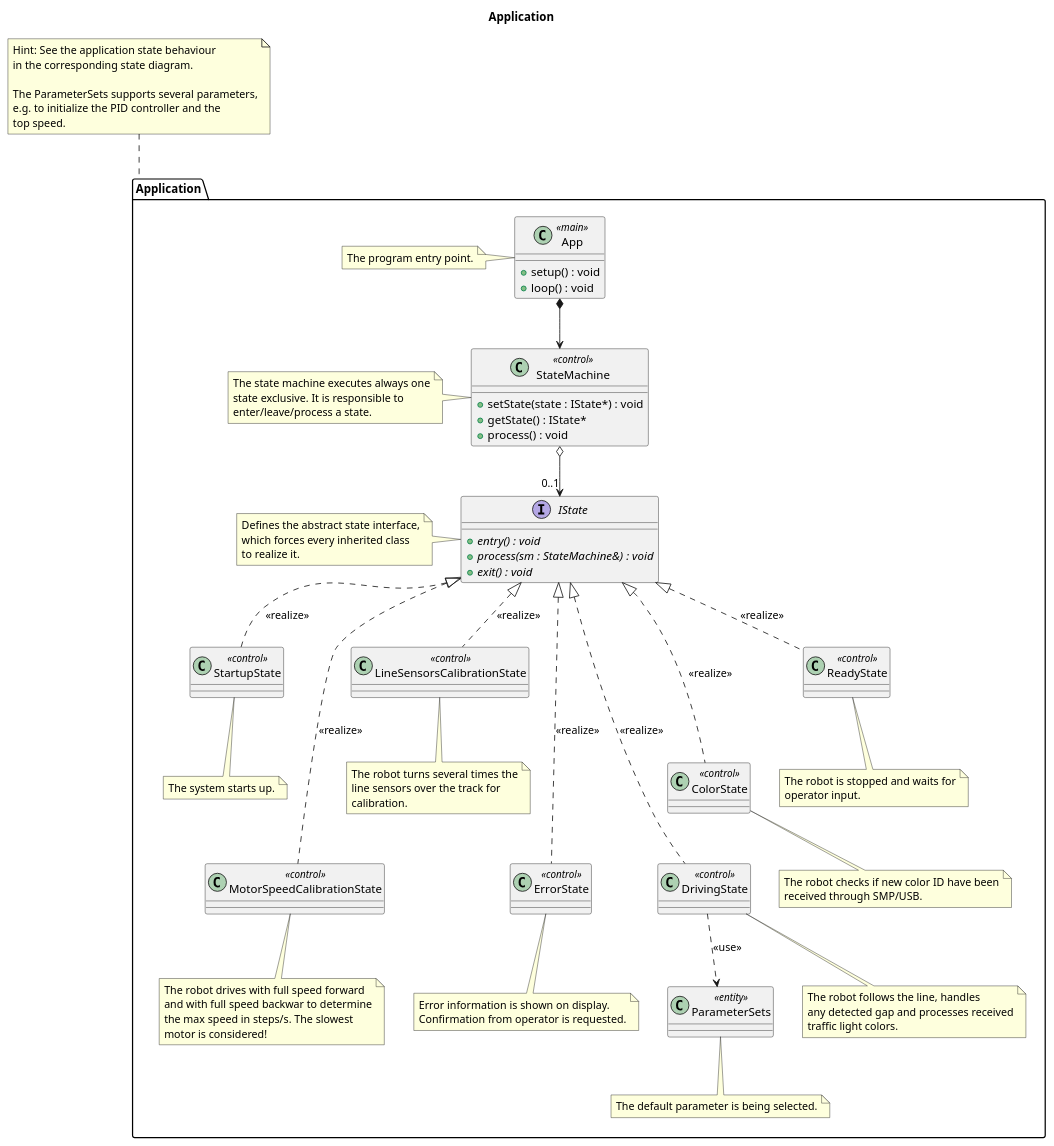
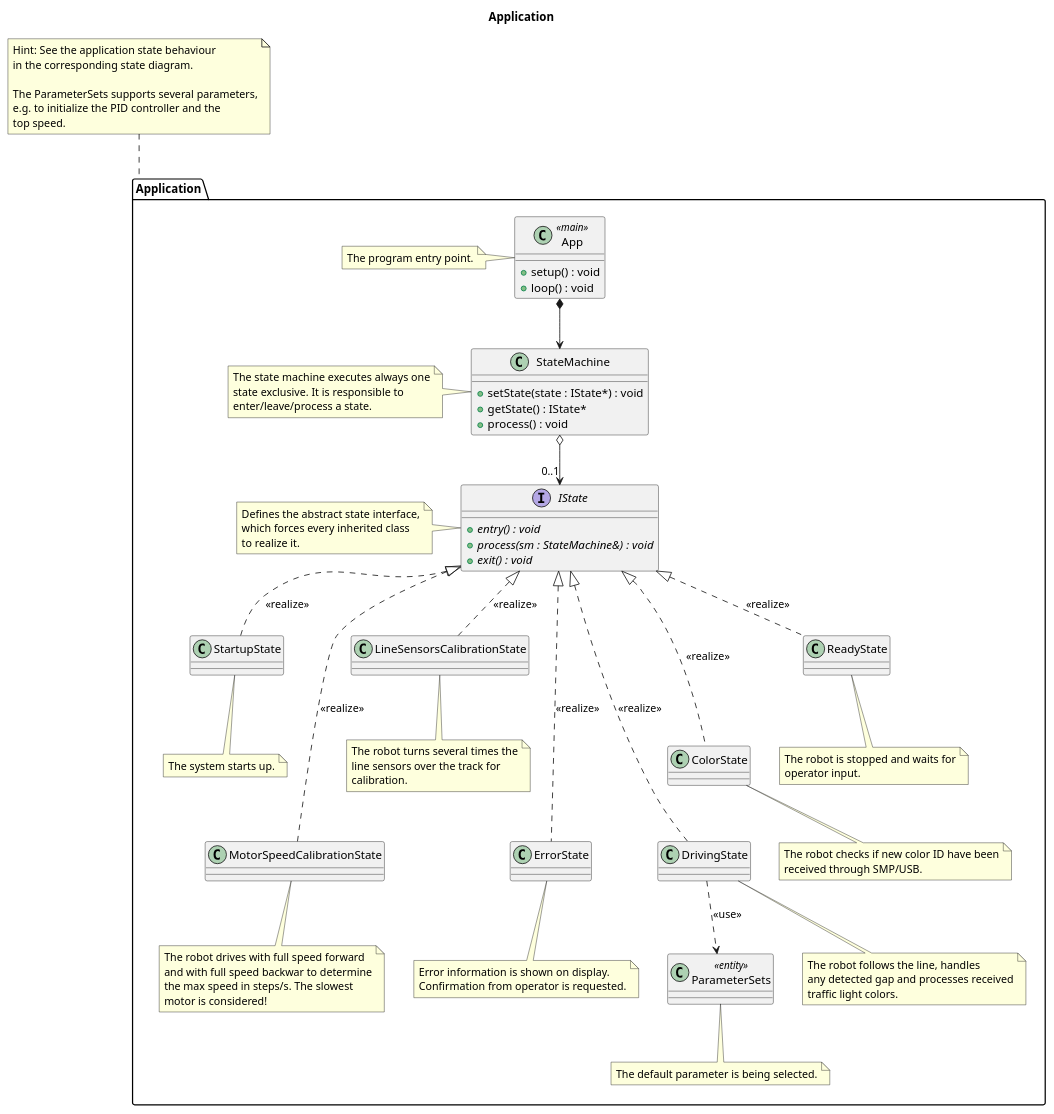
Before and after one commit to BlueAndi/RadonUlzer: the diagram in doc/architecture/uml/LogicalView/EndlessRun/Application.plantuml, drawn with PlantUML.

Commit message:
Various changes to the diagrams.

```diff
--- a/doc/architecture/uml/LogicalView/EndlessRun/Application.plantuml
+++ b/doc/architecture/uml/LogicalView/EndlessRun/Application.plantuml
@@ -1,117 +1,117 @@
 @startuml
 
 title Application
 
 package "Application" as appLayer {
 
     class App <<main>> {
         + setup() : void
         + loop() : void
     }
 
     note left of App
         The program entry point.
     end note
 
-    class StateMachine <<control>> {
+    class StateMachine {
         + setState(state : IState*) : void
         + getState() : IState*
         + process() : void
     }
 
     note left of StateMachine
         The state machine executes always one
         state exclusive. It is responsible to
         enter/leave/process a state.
     end note
 
     interface IState {
         + {abstract} entry() : void
         + {abstract} process(sm : StateMachine&) : void
         + {abstract} exit() : void
     }
 
     note left of IState
         Defines the abstract state interface,
         which forces every inherited class
         to realize it.
     end note
 
-    class StartupState <<control>>
-    class MotorSpeedCalibrationState <<control>>
-    class LineSensorsCalibrationState <<control>>
-    class ErrorState <<control>>
-    class DrivingState <<control>>
-    class ColorState <<control>>
-    class ReadyState <<control>>
+    class StartupState 
+    class MotorSpeedCalibrationState 
+    class LineSensorsCalibrationState 
+    class ErrorState 
+    class DrivingState 
+    class ColorState 
+    class ReadyState 
 
     class ParameterSets <<entity>>
 
     note bottom of ParameterSets
         The default parameter is being selected.
     end note
 
     note bottom of StartupState
         The system starts up.
     end note
 
     note bottom of MotorSpeedCalibrationState
         The robot drives with full speed forward
         and with full speed backwar to determine
         the max speed in steps/s. The slowest
         motor is considered!
     end note
 
     note bottom of LineSensorsCalibrationState
         The robot turns several times the
         line sensors over the track for
         calibration.
     end note
 
     note bottom of ErrorState
         Error information is shown on display.
         Confirmation from operator is requested.
     end note
 
     note bottom of DrivingState
         The robot follows the line, handles
         any detected gap and processes received
         traffic light colors.
     end note
 
     note bottom of ColorState
         The robot checks if new color ID have been
         received through SMP/USB.
     end note
 
     note bottom of ReadyState
         The robot is stopped and waits for
         operator input.
     end note
 
 }
 
 note top of  appLayer
     Hint: See the application state behaviour
     in the corresponding state diagram.
 
     The ParameterSets supports several parameters,
     e.g. to initialize the PID controller and the
     top speed.
 end note
 
 App *--> StateMachine
 
 StateMachine o--> "0..1" IState
 
 IState <|.. StartupState: <<realize>>
 IState <|.... MotorSpeedCalibrationState: <<realize>>
 IState <|.. LineSensorsCalibrationState: <<realize>>
 IState <|.... ErrorState: <<realize>>
 IState <|.. ReadyState: <<realize>>
 IState <|.... DrivingState: <<realize>>
 IState <|... ColorState: <<realize>>
 
 DrivingState ..> ParameterSets: <<use>>
 
 @enduml
```
